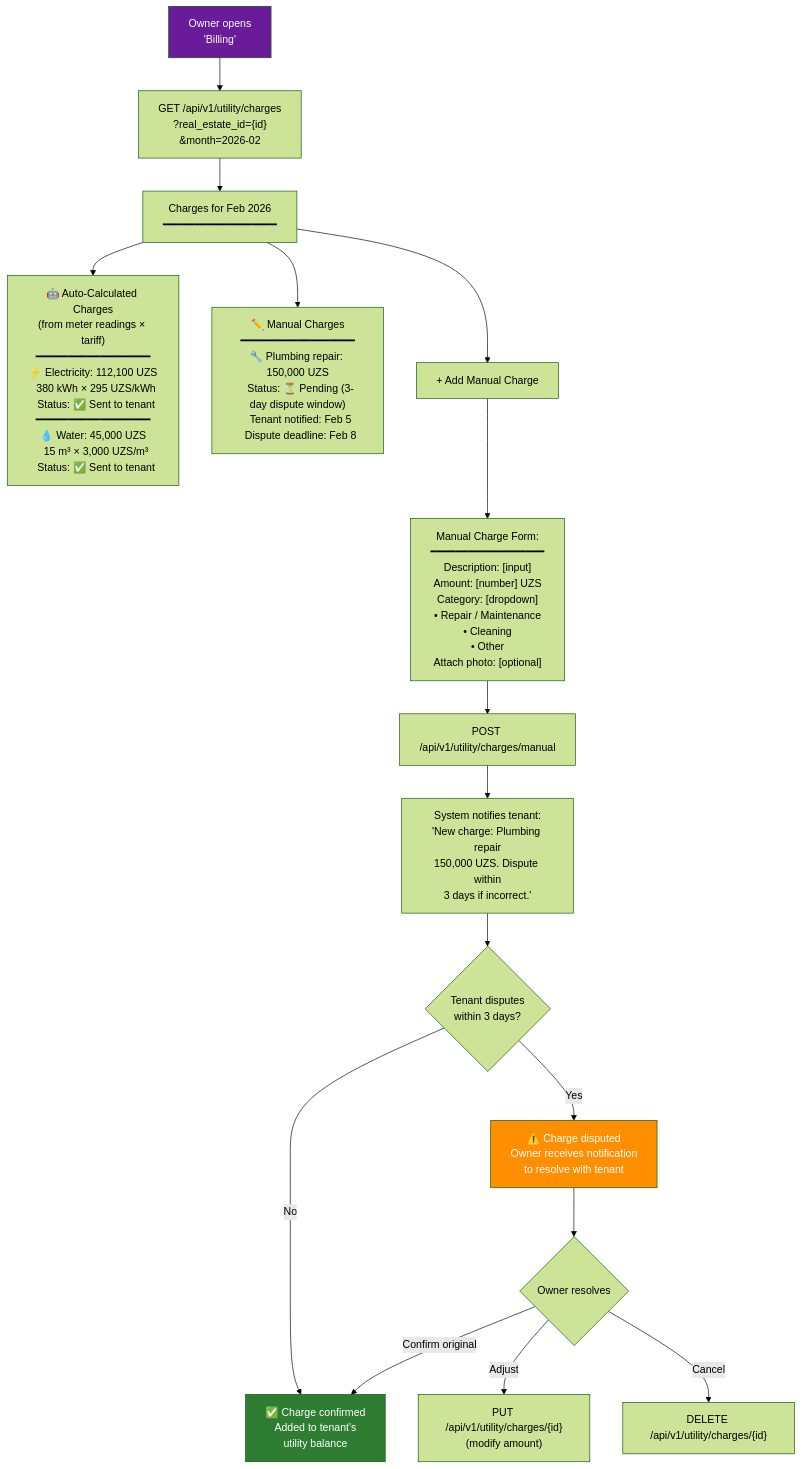
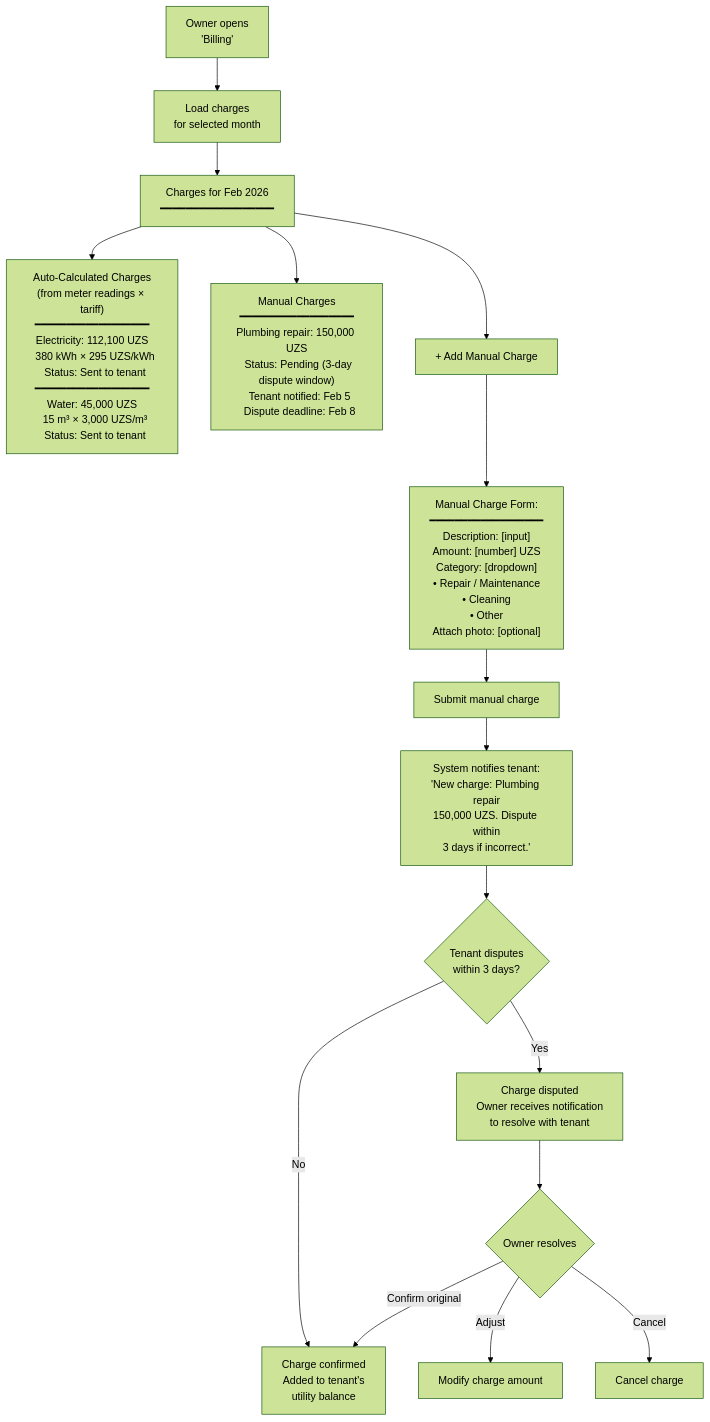
Before and after one commit to saodatm-dev/Utilities---Informational-Architecture: the seventh of 11 diagrams in Utilities - Business Owner.md, drawn with Mermaid (forest theme). The commit also changed other lines of this file, not shown here.

Commit message:
refactor: Streamline Mermaid diagrams by removing icons, styling, and the 'Billing Management' flow, while expanding utility account details and removing backend notes.

````diff
--- a/Utilities - Business Owner.md
+++ b/Utilities - Business Owner.md
@@ -250,31 +218,27 @@
 ```mermaid
 flowchart TD
-    BILLING["Owner opens<br/>'Billing'"] --> LOAD["GET /api/v1/utility/charges<br/>?real_estate_id={id}<br/>&month=2026-02"]
+    BILLING["Owner opens<br/>'Billing'"] --> LOAD["Load charges<br/>for selected month"]
 
     LOAD --> VIEW["Charges for Feb 2026<br/>━━━━━━━━━━━━━━━━━━"]
 
-    VIEW --> AUTO_SECTION["🤖 Auto-Calculated Charges<br/>(from meter readings × tariff)<br/>━━━━━━━━━━━━━━━━━━<br/>⚡ Electricity: 112,100 UZS<br/>  380 kWh × 295 UZS/kWh<br/>  Status: ✅ Sent to tenant<br/>━━━━━━━━━━━━━━━━━━<br/>💧 Water: 45,000 UZS<br/>  15 m³ × 3,000 UZS/m³<br/>  Status: ✅ Sent to tenant"]
+    VIEW --> AUTO_SECTION["Auto-Calculated Charges<br/>(from meter readings × tariff)<br/>━━━━━━━━━━━━━━━━━━<br/>Electricity: 112,100 UZS<br/>  380 kWh × 295 UZS/kWh<br/>  Status: Sent to tenant<br/>━━━━━━━━━━━━━━━━━━<br/>Water: 45,000 UZS<br/>  15 m³ × 3,000 UZS/m³<br/>  Status: Sent to tenant"]
 
-    VIEW --> MANUAL_SECTION["✏️ Manual Charges<br/>━━━━━━━━━━━━━━━━━━<br/>🔧 Plumbing repair: 150,000 UZS<br/>  Status: ⏳ Pending (3-day dispute window)<br/>  Tenant notified: Feb 5<br/>  Dispute deadline: Feb 8"]
+    VIEW --> MANUAL_SECTION["Manual Charges<br/>━━━━━━━━━━━━━━━━━━<br/>Plumbing repair: 150,000 UZS<br/>  Status: Pending (3-day dispute window)<br/>  Tenant notified: Feb 5<br/>  Dispute deadline: Feb 8"]
 
     VIEW --> ADD_CHARGE["+ Add Manual Charge"]
 
     ADD_CHARGE --> CHARGE_FORM["Manual Charge Form:<br/>━━━━━━━━━━━━━━━━━━<br/>Description: [input]<br/>Amount: [number] UZS<br/>Category: [dropdown]<br/>  • Repair / Maintenance<br/>  • Cleaning<br/>  • Other<br/>Attach photo: [optional]"]
 
-    CHARGE_FORM --> SUBMIT_CHARGE["POST /api/v1/utility/charges/manual"]
+    CHARGE_FORM --> SUBMIT_CHARGE["Submit manual charge"]
 
     SUBMIT_CHARGE --> NOTIFY_TENANT["System notifies tenant:<br/>'New charge: Plumbing repair<br/>150,000 UZS. Dispute within<br/>3 days if incorrect.'"]
 
     NOTIFY_TENANT --> DISPUTE_CHECK{"Tenant disputes<br/>within 3 days?"}
 
-    DISPUTE_CHECK -->|"No"| CONFIRMED["✅ Charge confirmed<br/>Added to tenant's<br/>utility balance"]
-    DISPUTE_CHECK -->|"Yes"| DISPUTED["⚠️ Charge disputed<br/>Owner receives notification<br/>to resolve with tenant"]
+    DISPUTE_CHECK -->|"No"| CONFIRMED["Charge confirmed<br/>Added to tenant's<br/>utility balance"]
+    DISPUTE_CHECK -->|"Yes"| DISPUTED["Charge disputed<br/>Owner receives notification<br/>to resolve with tenant"]
     DISPUTED --> RESOLVE{"Owner resolves"}
-    RESOLVE -->|"Adjust"| ADJUST["PUT /api/v1/utility/charges/{id}<br/>(modify amount)"]
-    RESOLVE -->|"Cancel"| CANCEL["DELETE /api/v1/utility/charges/{id}"]
+    RESOLVE -->|"Adjust"| ADJUST["Modify charge amount"]
+    RESOLVE -->|"Cancel"| CANCEL["Cancel charge"]
     RESOLVE -->|"Confirm original"| CONFIRMED
-
-    style BILLING fill:#6A1B9A,color:#fff
-    style CONFIRMED fill:#2E7D32,color:#fff
-    style DISPUTED fill:#FF8F00,color:#fff
 ```
````
